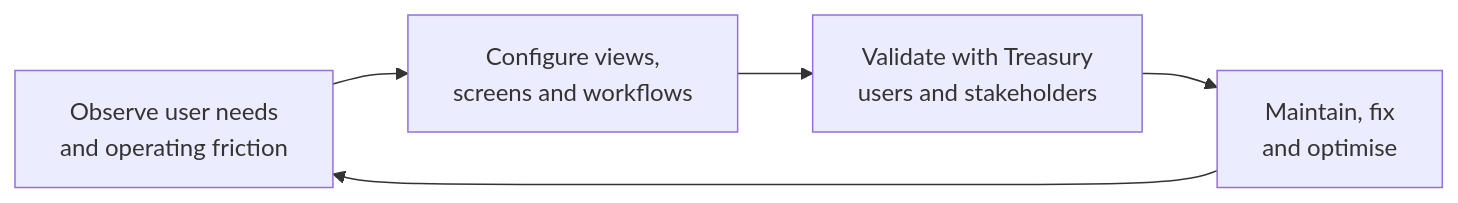
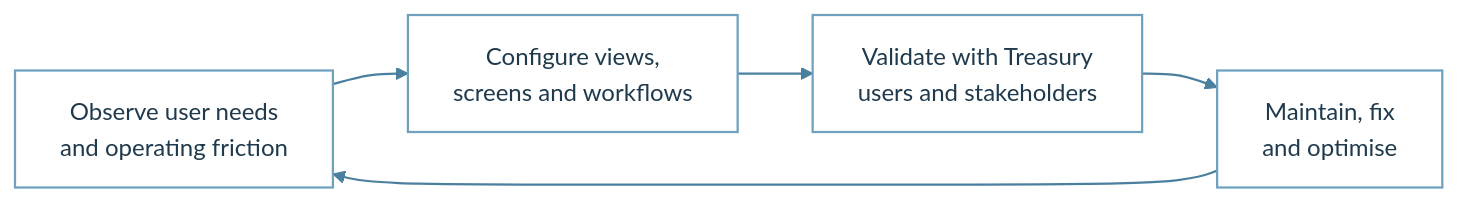
One commit to sgarciapuga/Work_Portfolio changed the fifth of 5 diagrams in kyriba-transformation/report.qmd. Above: the diagram before and after it, drawn with Mermaid. The commit also changed other lines of this file and 12 other files, not shown here.

Commit message:
updated mermaid theme colours

````diff
--- a/kyriba-transformation/report.qmd
+++ b/kyriba-transformation/report.qmd
@@ -232,9 +254,13 @@
 ```{mermaid}
 %%| fig-cap: "Qualitative continuous-improvement loop described by the optimisation work."
 %%| fig-alt: "A loop from observing user needs, to configuring views and workflows, validating with Treasury users and stakeholders, and maintaining and improving the Kyriba environment."
 flowchart LR
     A[Observe user needs<br/>and operating friction] --> B[Configure views,<br/>screens and workflows]
     B --> C[Validate with Treasury<br/>users and stakeholders]
     C --> D[Maintain, fix<br/>and optimise]
     D --> A
+
+    classDef job fill:#FFFFFF,stroke:#6FA1BF,stroke-width:1.5px,color:#1F3A4D
+    class A,B,C,D job
+    linkStyle default stroke:#4A7F9E,stroke-width:1.5px
 ```
````
